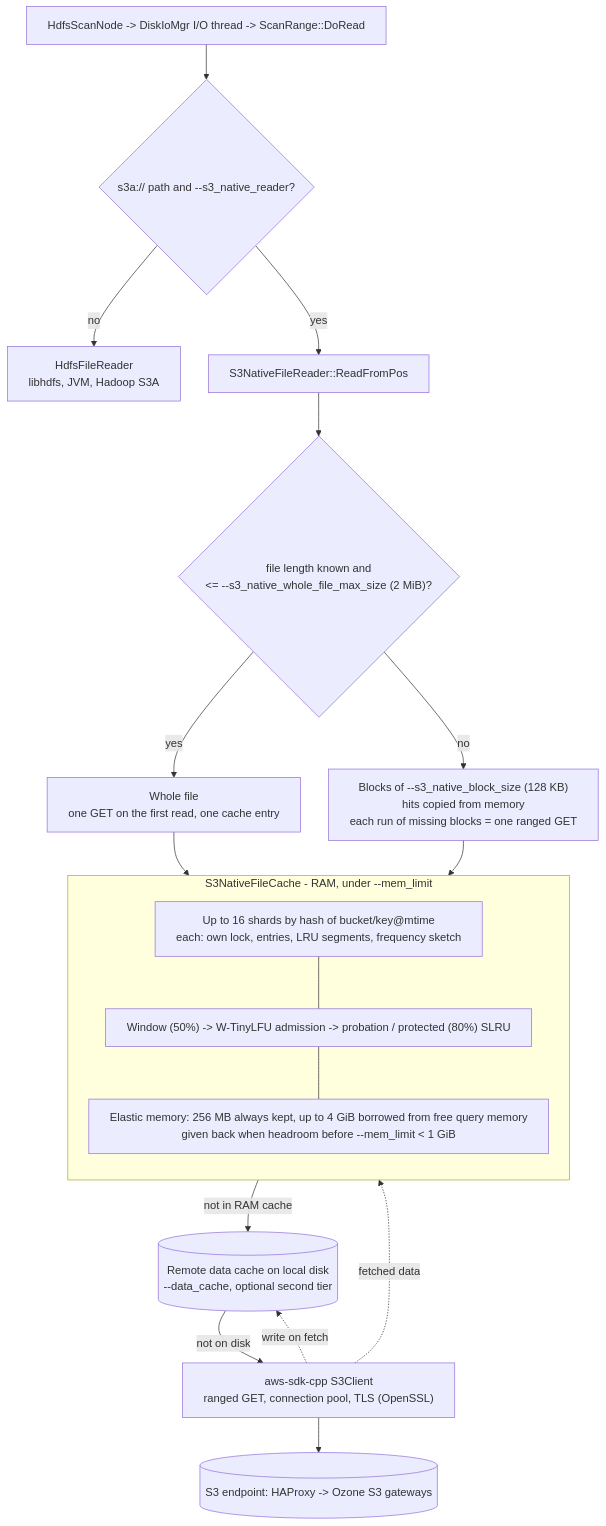
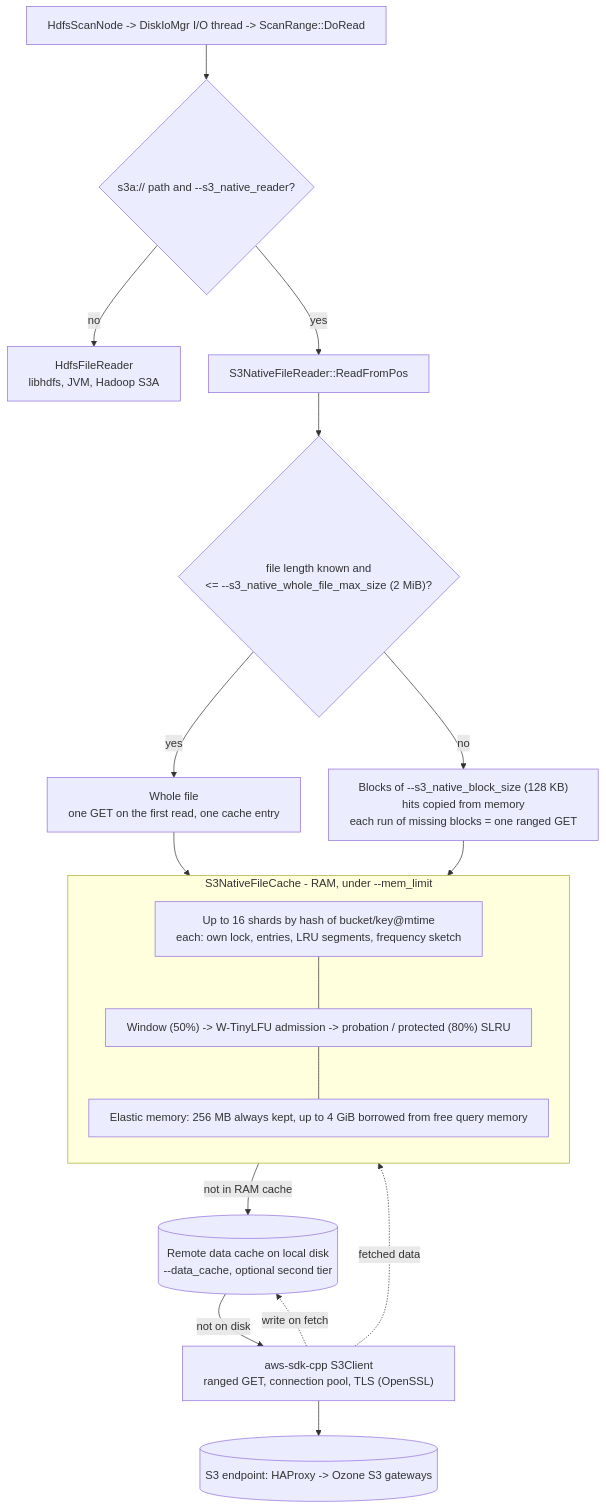
One commit to arenadata/impala changed the diagram in docs/s3_native/native_s3_reader_architecture.mmd. Above: the diagram before and after it, drawn with Mermaid.

Commit message:
ADH-9244: fix docs/s3_native/native_s3_reader_architecture.mmd

```diff
--- a/docs/s3_native/native_s3_reader_architecture.mmd
+++ b/docs/s3_native/native_s3_reader_architecture.mmd
@@ -1,35 +1,35 @@
 %%{init: {"flowchart": {"htmlLabels": true, "wrappingWidth": 600, "nodeSpacing": 40, "rankSpacing": 50}}}%%
 flowchart TD
     scan["HdfsScanNode -> DiskIoMgr I/O thread -> ScanRange::DoRead"]
     sel{"s3a:// path and --s3_native_reader?"}
     hdfs["HdfsFileReader<br/>libhdfs, JVM, Hadoop S3A"]
     reader["S3NativeFileReader::ReadFromPos"]
     size{"file length known and<br/>&lt;= --s3_native_whole_file_max_size (2 MiB)?"}
     whole["Whole file<br/>one GET on the first read, one cache entry"]
     blocks["Blocks of --s3_native_block_size (128 KB)<br/>hits copied from memory<br/>each run of missing blocks = one ranged GET"]
 
     subgraph ram["S3NativeFileCache - RAM, under --mem_limit"]
         direction TB
         shards["Up to 16 shards by hash of bucket/key@mtime<br/>each: own lock, entries, LRU segments, frequency sketch"]
         segs["Window (50%) -> W-TinyLFU admission -> probation / protected (80%) SLRU"]
-        mem["Elastic memory: 256 MB always kept, up to 4 GiB borrowed from free query memory<br/>given back when headroom before --mem_limit &lt; 1 GiB"]
+        mem["Elastic memory: 256 MB always kept, up to 4 GiB borrowed from free query memory"]
         shards --- segs --- mem
     end
 
     disk[("Remote data cache on local disk<br/>--data_cache, optional second tier")]
     s3["aws-sdk-cpp S3Client<br/>ranged GET, connection pool, TLS (OpenSSL)"]
     ozone[("S3 endpoint: HAProxy -> Ozone S3 gateways")]
 
     scan --> sel
     sel -- no --> hdfs
     sel -- yes --> reader
     reader --> size
     size -- yes --> whole
     size -- no --> blocks
     whole --> ram
     blocks --> ram
     ram -- "not in RAM cache" --> disk
     disk -- "not on disk" --> s3
     s3 --> ozone
     s3 -. "fetched data" .-> ram
     s3 -. "write on fetch" .-> disk
```
